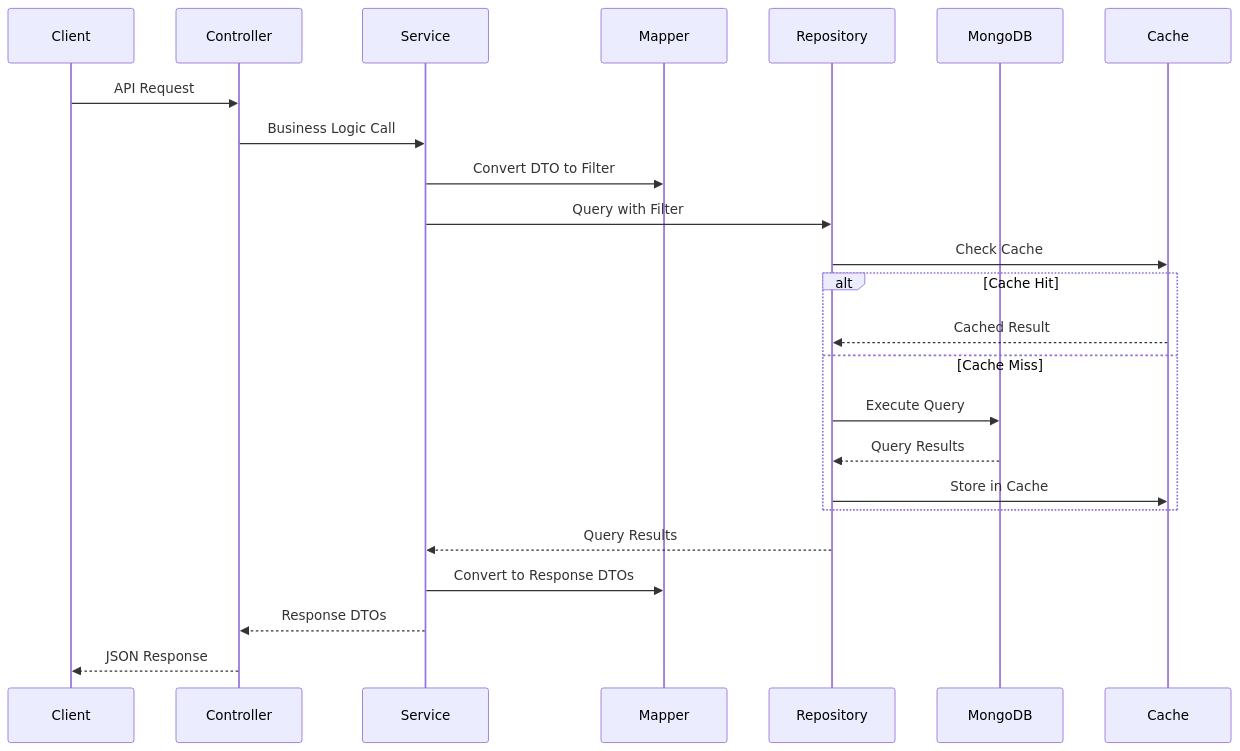
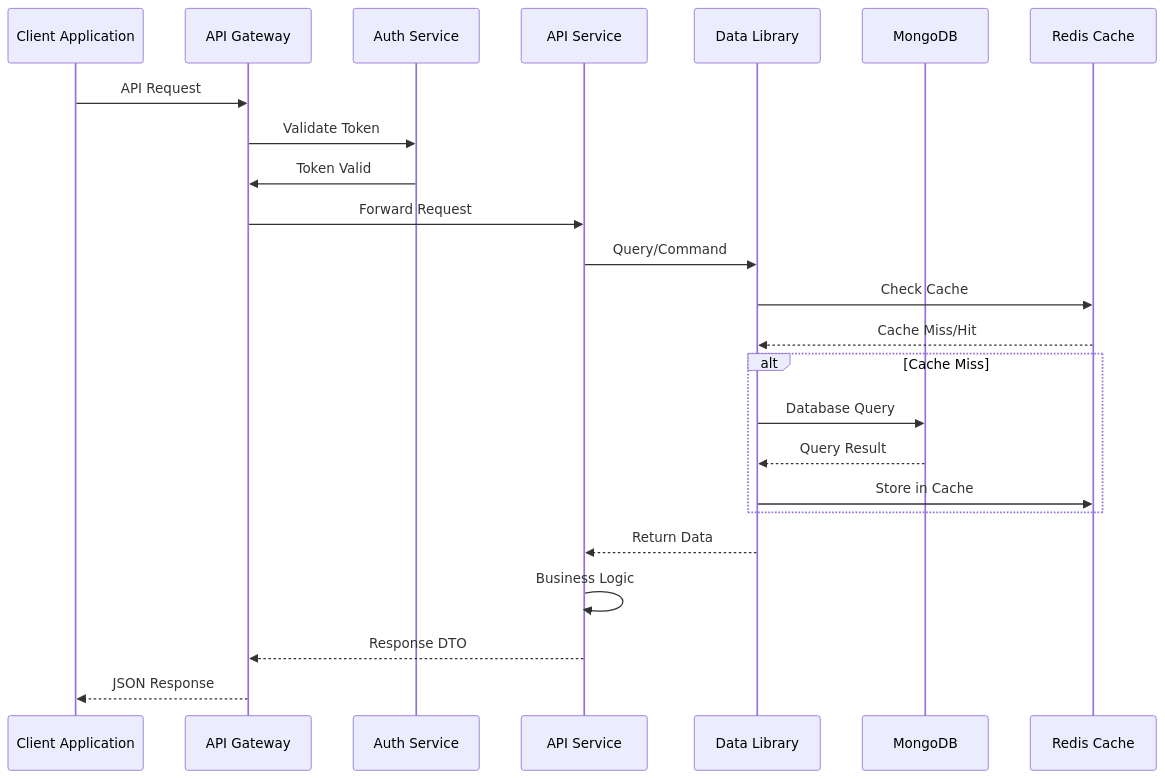
Before and after one commit to flamingo-stack/openframe-oss-lib: the second of 13 diagrams in docs/development/architecture/overview.md, drawn with Mermaid. The commit also changed other lines of this file and 12 other files, not shown here.

````diff
--- a/docs/development/architecture/overview.md
+++ b/docs/development/architecture/overview.md
@@ -465,27 +94,30 @@
 ```mermaid
 sequenceDiagram
-    participant Client
-    participant Controller
-    participant Service
-    participant Mapper
-    participant Repository
-    participant MongoDB
-    participant Cache
+    participant Client as Client Application
+    participant Gateway as API Gateway
+    participant Auth as Auth Service
+    participant API as API Service
+    participant DataLib as Data Library
+    participant MongoDB as MongoDB
+    participant Cache as Redis Cache
     
-    Client->>Controller: API Request
-    Controller->>Service: Business Logic Call
-    Service->>Mapper: Convert DTO to Filter
-    Service->>Repository: Query with Filter
-    Repository->>Cache: Check Cache
-    alt Cache Hit
-        Cache-->>Repository: Cached Result
-    else Cache Miss
-        Repository->>MongoDB: Execute Query
-        MongoDB-->>Repository: Query Results
-        Repository->>Cache: Store in Cache
+    Client->>Gateway: API Request
+    Gateway->>Auth: Validate Token
+    Auth->>Gateway: Token Valid
+    Gateway->>API: Forward Request
+    
+    API->>DataLib: Query/Command
+    DataLib->>Cache: Check Cache
+    Cache-->>DataLib: Cache Miss/Hit
+    
+    alt Cache Miss
+        DataLib->>MongoDB: Database Query
+        MongoDB-->>DataLib: Query Result
+        DataLib->>Cache: Store in Cache
     end
-    Repository-->>Service: Query Results
-    Service->>Mapper: Convert to Response DTOs
-    Service-->>Controller: Response DTOs
-    Controller-->>Client: JSON Response
+    
+    DataLib-->>API: Return Data
+    API->>API: Business Logic
+    API-->>Gateway: Response DTO
+    Gateway-->>Client: JSON Response
 ```
````
